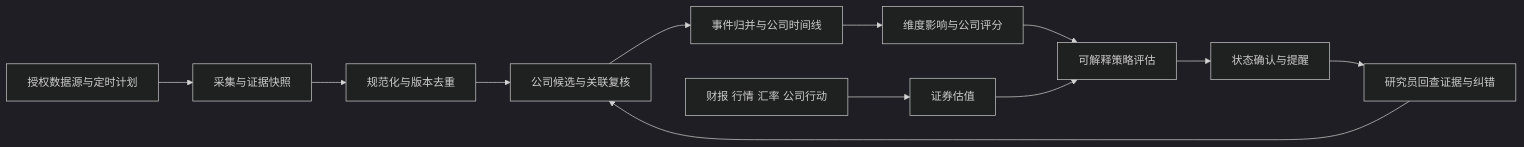
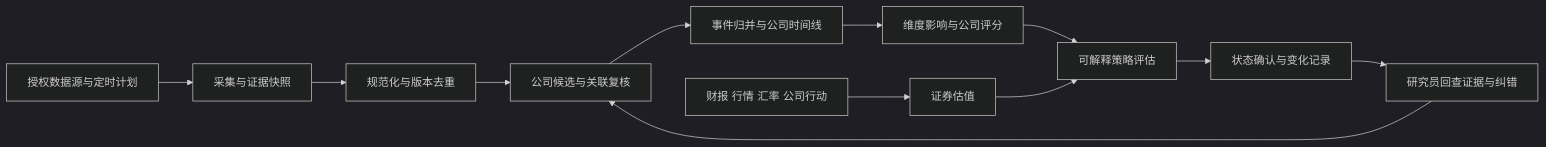
One commit to wildbyteai/value-investment-platform changed the diagram in docs/02-business-design.md. Above: the diagram before and after it, drawn with Mermaid (dark theme). The commit also changed other lines of this file and 60 other files, not shown here.

````diff
--- a/docs/02-business-design.md
+++ b/docs/02-business-design.md
@@ -5,14 +5,14 @@
 ```mermaid
 flowchart LR
   A[授权数据源与定时计划] --> B[采集与证据快照]
   B --> C[规范化与版本去重]
   C --> D[公司候选与关联复核]
   D --> E[事件归并与公司时间线]
   E --> F[维度影响与公司评分]
   G[财报 行情 汇率 公司行动] --> H[证券估值]
   F --> I[可解释策略评估]
   H --> I
-  I --> J[状态确认与提醒]
+  I --> J[状态确认与变化记录]
   J --> K[研究员回查证据与纠错]
   K --> D
 ```
````
